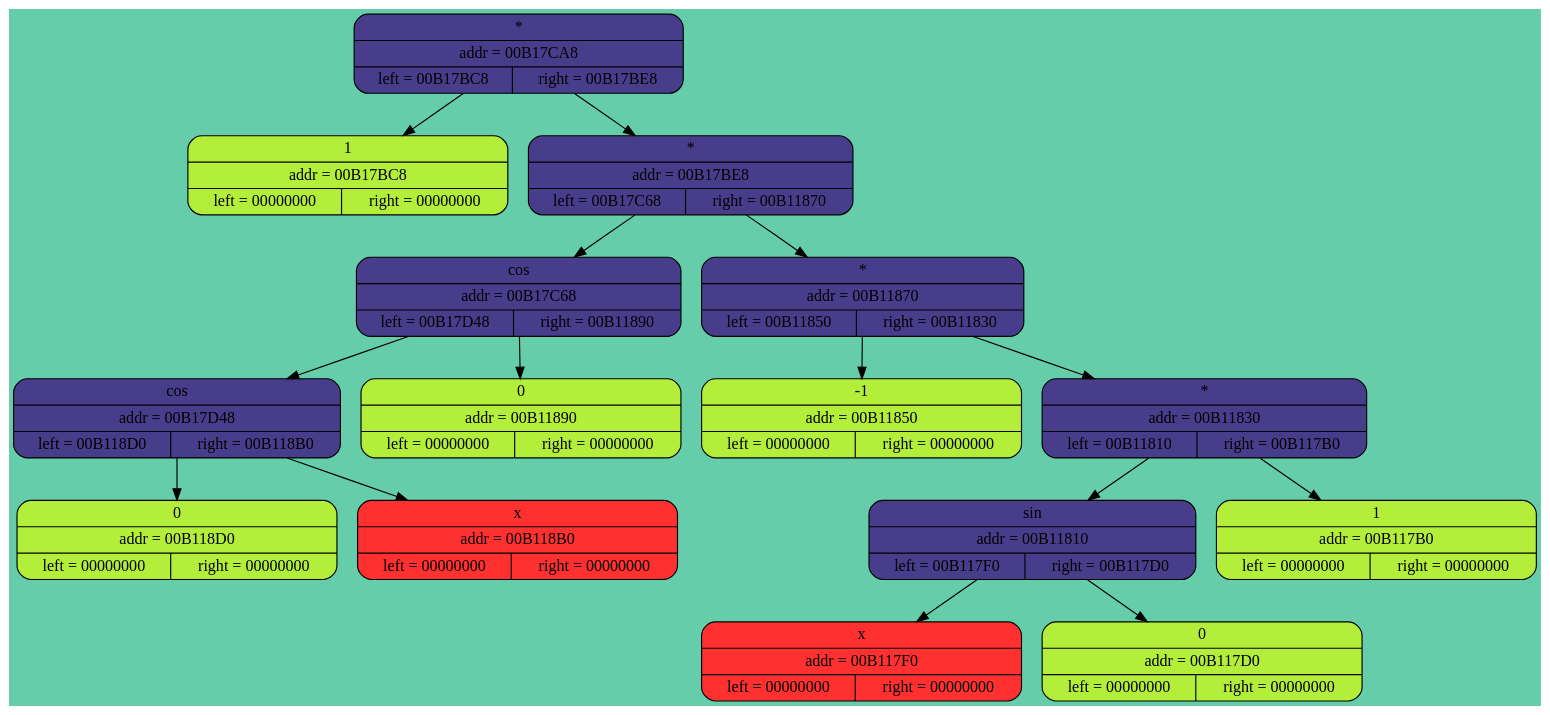
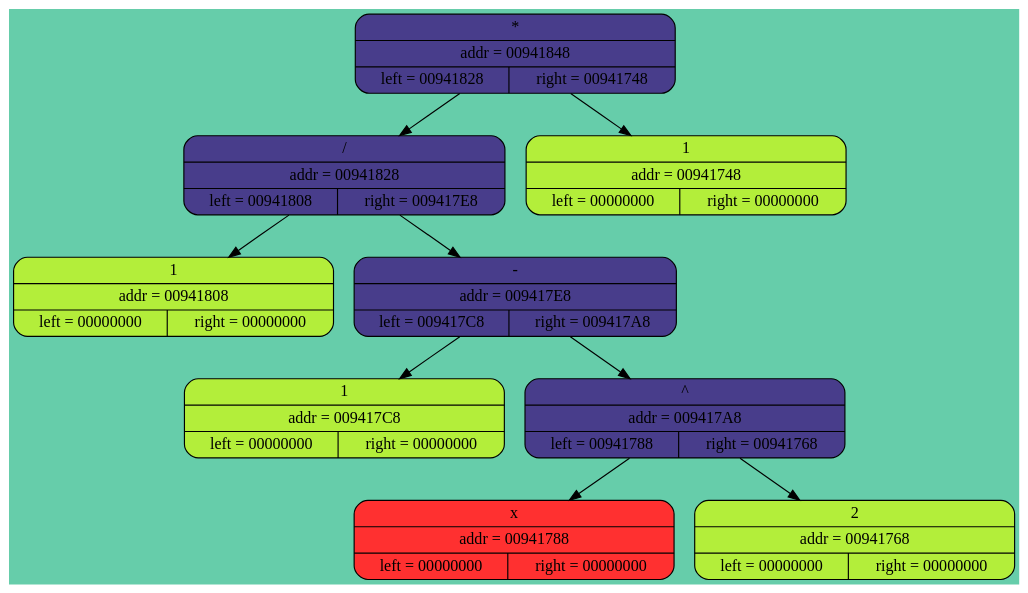
One commit to maachs/DIfferentiator changed the diagram in Dump.dot. Above: the diagram before and after it, drawn with Graphviz. The commit also changed 9 other files, not shown here.

```diff
--- a/Dump.dot
+++ b/Dump.dot
@@ -1,34 +1,22 @@
 digraph G
 {
  rankdir = UD
 bgcolor = "aquamarine3"
-"00B17CA8" [shape = Mrecord, style = "filled", fillcolor = "darkslateblue", label = "{ * | addr = 00B17CA8 | { left = 00B17BC8 | right = 00B17BE8}}"];
-"00B17BC8" [shape = Mrecord, style = "filled", fillcolor = "olivedrab2", label = "{ 1 | addr = 00B17BC8 | { left = 00000000 | right = 00000000}}"];
-"00B17CA8"->"00B17BC8"
-"00B17BE8" [shape = Mrecord, style = "filled", fillcolor = "darkslateblue", label = "{ * | addr = 00B17BE8 | { left = 00B17C68 | right = 00B11870}}"];
-"00B17C68" [shape = Mrecord, style = "filled", fillcolor = "darkslateblue", label = "{ cos | addr = 00B17C68 | { left = 00B17D48 | right = 00B11890}}"];
-"00B17D48" [shape = Mrecord, style = "filled", fillcolor = "darkslateblue", label = "{ cos | addr = 00B17D48 | { left = 00B118D0 | right = 00B118B0}}"];
-"00B118D0" [shape = Mrecord, style = "filled", fillcolor = "olivedrab2", label = "{ 0 | addr = 00B118D0 | { left = 00000000 | right = 00000000}}"];
-"00B17D48"->"00B118D0"
-"00B118B0" [shape = Mrecord, style = "filled", fillcolor = "firebrick1", label = "{ x | addr = 00B118B0 | { left = 00000000 | right = 00000000}}"];
-"00B17D48"->"00B118B0"
-"00B17C68"->"00B17D48"
-"00B11890" [shape = Mrecord, style = "filled", fillcolor = "olivedrab2", label = "{ 0 | addr = 00B11890 | { left = 00000000 | right = 00000000}}"];
-"00B17C68"->"00B11890"
-"00B17BE8"->"00B17C68"
-"00B11870" [shape = Mrecord, style = "filled", fillcolor = "darkslateblue", label = "{ * | addr = 00B11870 | { left = 00B11850 | right = 00B11830}}"];
-"00B11850" [shape = Mrecord, style = "filled", fillcolor = "olivedrab2", label = "{ -1 | addr = 00B11850 | { left = 00000000 | right = 00000000}}"];
-"00B11870"->"00B11850"
-"00B11830" [shape = Mrecord, style = "filled", fillcolor = "darkslateblue", label = "{ * | addr = 00B11830 | { left = 00B11810 | right = 00B117B0}}"];
-"00B11810" [shape = Mrecord, style = "filled", fillcolor = "darkslateblue", label = "{ sin | addr = 00B11810 | { left = 00B117F0 | right = 00B117D0}}"];
-"00B117F0" [shape = Mrecord, style = "filled", fillcolor = "firebrick1", label = "{ x | addr = 00B117F0 | { left = 00000000 | right = 00000000}}"];
-"00B11810"->"00B117F0"
-"00B117D0" [shape = Mrecord, style = "filled", fillcolor = "olivedrab2", label = "{ 0 | addr = 00B117D0 | { left = 00000000 | right = 00000000}}"];
-"00B11810"->"00B117D0"
-"00B11830"->"00B11810"
-"00B117B0" [shape = Mrecord, style = "filled", fillcolor = "olivedrab2", label = "{ 1 | addr = 00B117B0 | { left = 00000000 | right = 00000000}}"];
-"00B11830"->"00B117B0"
-"00B11870"->"00B11830"
-"00B17BE8"->"00B11870"
-"00B17CA8"->"00B17BE8"
+"00941848" [shape = Mrecord, style = "filled", fillcolor = "darkslateblue", label = "{ * | addr = 00941848 | { left = 00941828 | right = 00941748}}"];
+"00941828" [shape = Mrecord, style = "filled", fillcolor = "darkslateblue", label = "{ / | addr = 00941828 | { left = 00941808 | right = 009417E8}}"];
+"00941808" [shape = Mrecord, style = "filled", fillcolor = "olivedrab2", label = "{ 1 | addr = 00941808 | { left = 00000000 | right = 00000000}}"];
+"00941828"->"00941808"
+"009417E8" [shape = Mrecord, style = "filled", fillcolor = "darkslateblue", label = "{ - | addr = 009417E8 | { left = 009417C8 | right = 009417A8}}"];
+"009417C8" [shape = Mrecord, style = "filled", fillcolor = "olivedrab2", label = "{ 1 | addr = 009417C8 | { left = 00000000 | right = 00000000}}"];
+"009417E8"->"009417C8"
+"009417A8" [shape = Mrecord, style = "filled", fillcolor = "darkslateblue", label = "{ ^ | addr = 009417A8 | { left = 00941788 | right = 00941768}}"];
+"00941788" [shape = Mrecord, style = "filled", fillcolor = "firebrick1", label = "{ x | addr = 00941788 | { left = 00000000 | right = 00000000}}"];
+"009417A8"->"00941788"
+"00941768" [shape = Mrecord, style = "filled", fillcolor = "olivedrab2", label = "{ 2 | addr = 00941768 | { left = 00000000 | right = 00000000}}"];
+"009417A8"->"00941768"
+"009417E8"->"009417A8"
+"00941828"->"009417E8"
+"00941848"->"00941828"
+"00941748" [shape = Mrecord, style = "filled", fillcolor = "olivedrab2", label = "{ 1 | addr = 00941748 | { left = 00000000 | right = 00000000}}"];
+"00941848"->"00941748"
 }
```
